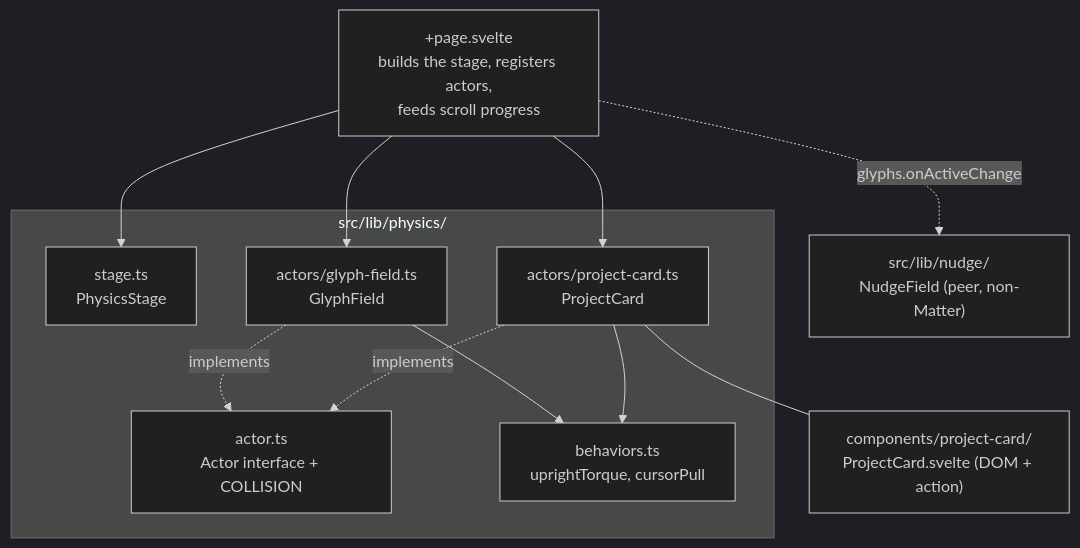
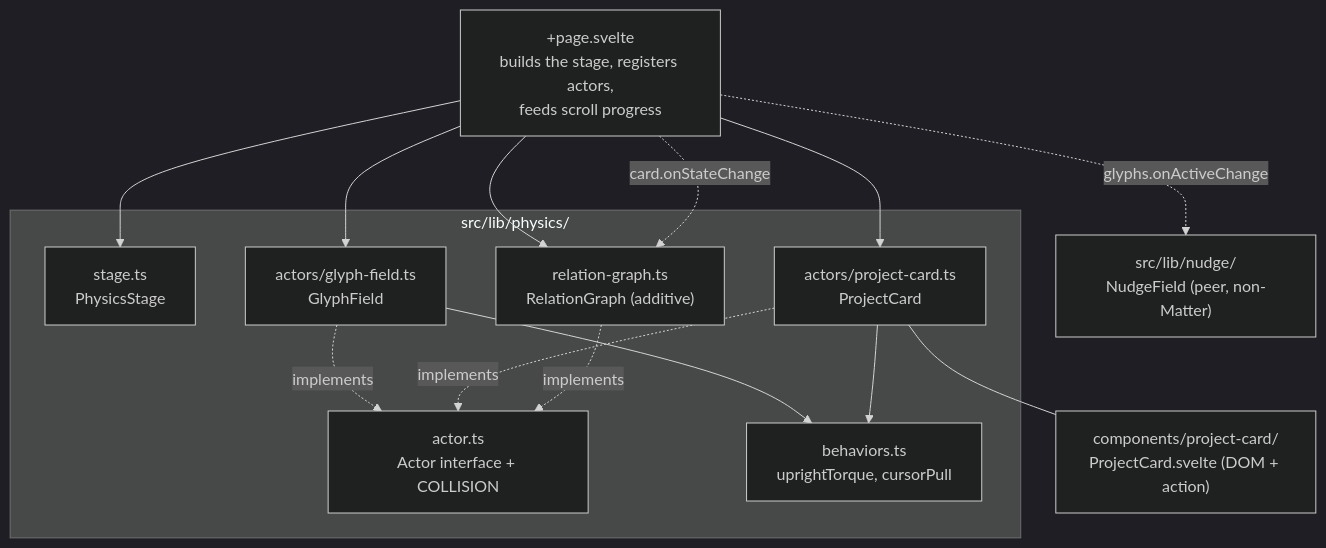
The second of 8 diagrams in docs/physics/explanation/architecture.md (voidprojectssoftware/voidprojects-site), drawn with Mermaid (dark theme) before and after one commit. The commit also changed other lines of this file and 10 other files, not shown here.

First line of the commit message:
feat: add the Constellation card relationship-graph effect

````diff
--- a/docs/physics/explanation/architecture.md
+++ b/docs/physics/explanation/architecture.md
@@ -51,25 +51,29 @@
 ```mermaid
 flowchart TD
     page["+page.svelte<br/>builds the stage, registers actors,<br/>feeds scroll progress"]
 
     subgraph physics["src/lib/physics/"]
         stage["stage.ts<br/>PhysicsStage"]
         actor["actor.ts<br/>Actor interface + COLLISION"]
         behaviors["behaviors.ts<br/>uprightTorque, cursorPull"]
         glyph["actors/glyph-field.ts<br/>GlyphField"]
         card["actors/project-card.ts<br/>ProjectCard"]
+        rgraph["relation-graph.ts<br/>RelationGraph (additive)"]
     end
 
     nudge["src/lib/nudge/<br/>NudgeField (peer, non-Matter)"]
     comp["components/project-card/<br/>ProjectCard.svelte (DOM + action)"]
 
     page --> stage
     page --> glyph
     page --> card
+    page --> rgraph
     page -.->|glyphs.onActiveChange| nudge
+    page -.->|card.onStateChange| rgraph
     glyph -. implements .-> actor
     card -. implements .-> actor
+    rgraph -. implements .-> actor
     glyph --> behaviors
     card --> behaviors
     card --- comp
 ```
````
